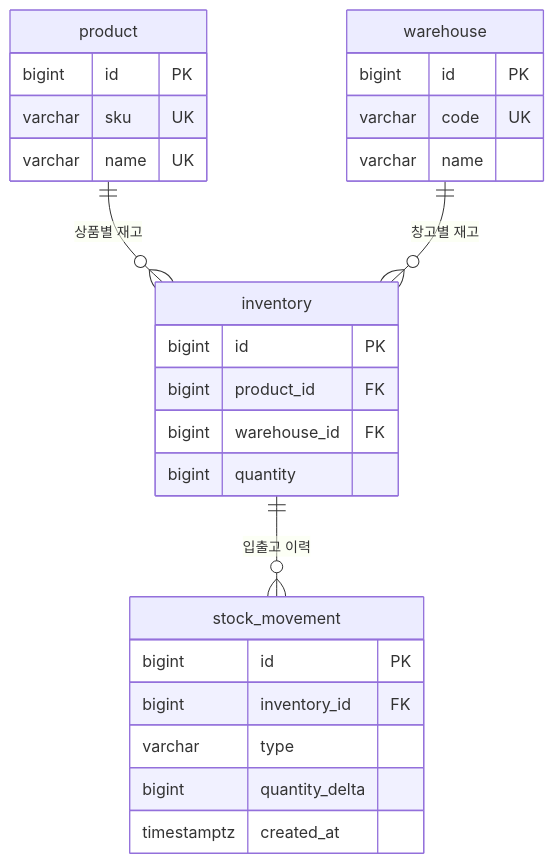
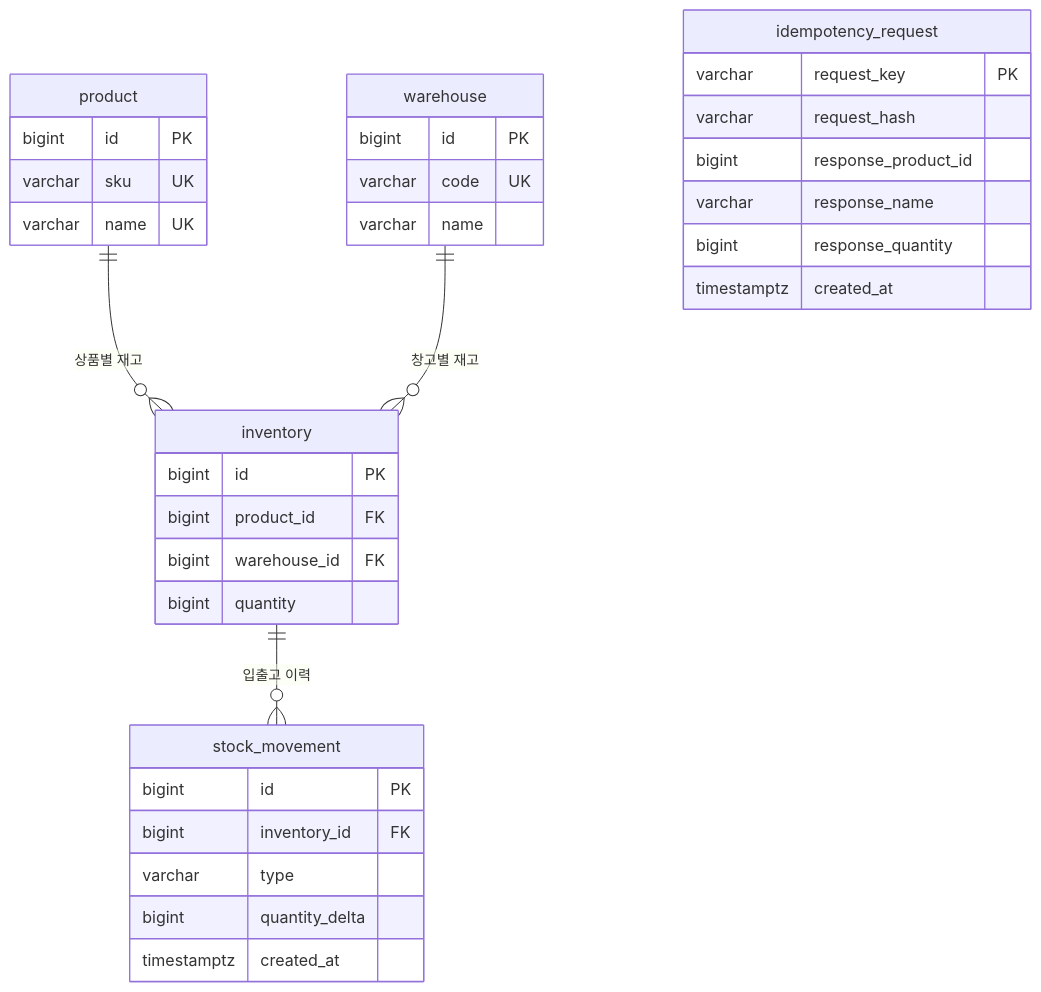
One commit to junho0831/deepFine changed the diagram in docs/design.md. Above: the diagram before and after it, drawn with Mermaid. The commit also changed other lines of this file and 12 other files, not shown here.

````diff
--- a/docs/design.md
+++ b/docs/design.md
@@ -37,30 +37,38 @@
 ```mermaid
 erDiagram
     product ||--o{ inventory : "상품별 재고"
     warehouse ||--o{ inventory : "창고별 재고"
     inventory ||--o{ stock_movement : "입출고 이력"
 
     product {
         bigint id PK
         varchar sku UK
         varchar name UK
     }
     warehouse {
         bigint id PK
         varchar code UK
         varchar name
     }
     inventory {
         bigint id PK
         bigint product_id FK
         bigint warehouse_id FK
         bigint quantity
     }
+    idempotency_request {
+        varchar request_key PK
+        varchar request_hash
+        bigint response_product_id
+        varchar response_name
+        bigint response_quantity
+        timestamptz created_at
+    }
     stock_movement {
         bigint id PK
         bigint inventory_id FK
         varchar type
         bigint quantity_delta
         timestamptz created_at
     }
 ```
````
